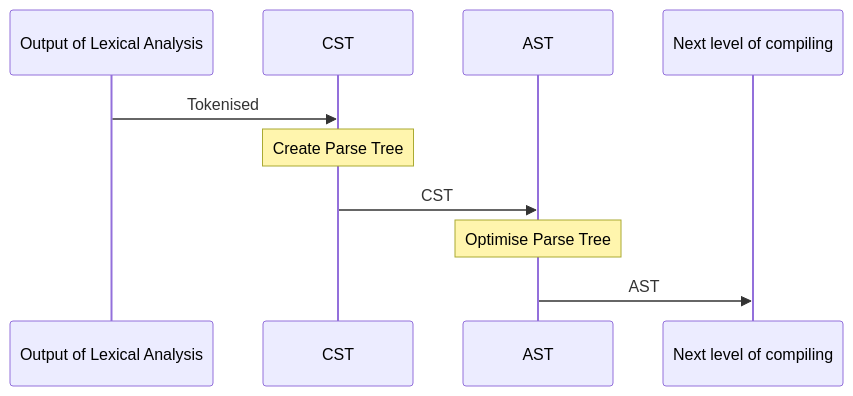
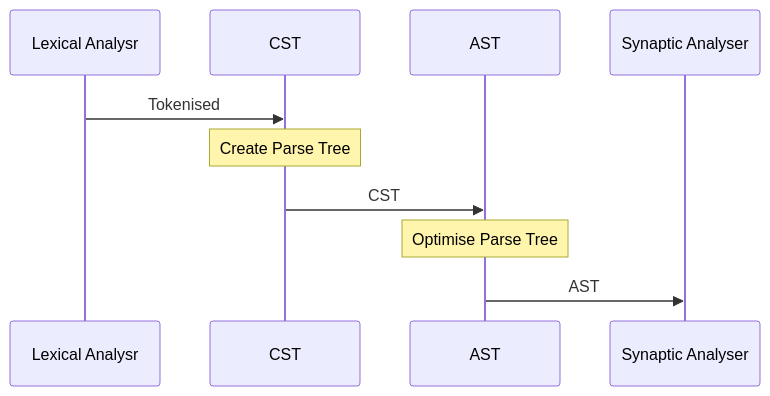
The third of 5 diagrams in drafts/2019-02-25-Compiler-I-AST.md (trshant-sugoi/stackedit), drawn with Mermaid before and after one commit. The commit also changed other lines of this file, not shown here.

Commit message:
drafts/2019-02-25-Compiler-I-AST.md updated from https://stackedit.io/

````diff
--- a/drafts/2019-02-25-Compiler-I-AST.md
+++ b/drafts/2019-02-25-Compiler-I-AST.md
@@ -60,12 +59,12 @@
 ```mermaid
 sequenceDiagram
-participant T as Output of Lexical Analysis   
+participant T as Lexical Analysr   
 participant SA1 as CST
 participant SA2 as AST 
 
 T ->> SA1 : Tokenised   
 Note over SA1: Create Parse Tree
 SA1  ->> SA2 : CST
 Note over SA2: Optimise Parse Tree
-SA2  ->> Next level of compiling: AST 
+SA2  ->> Synaptic Analyser: AST 
 ```  
````
